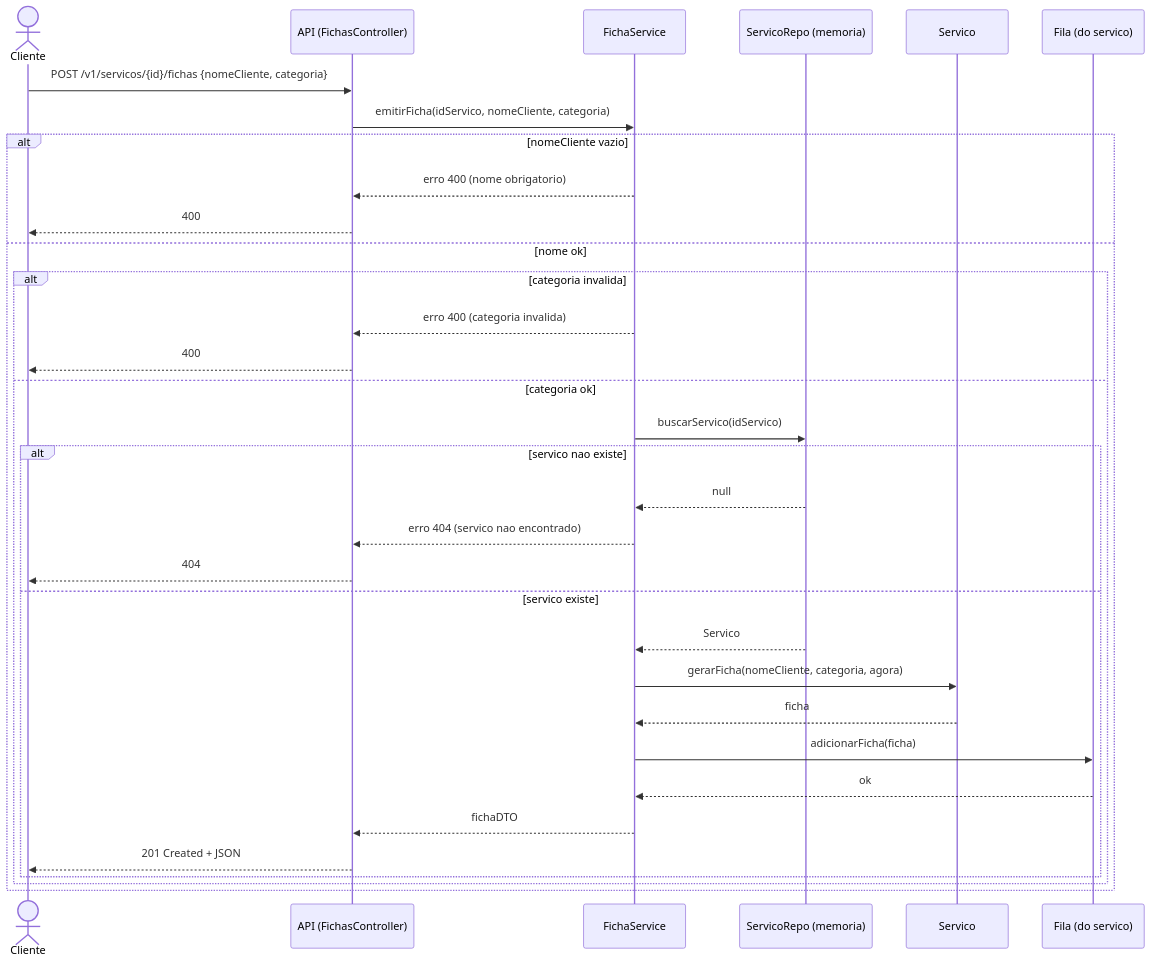
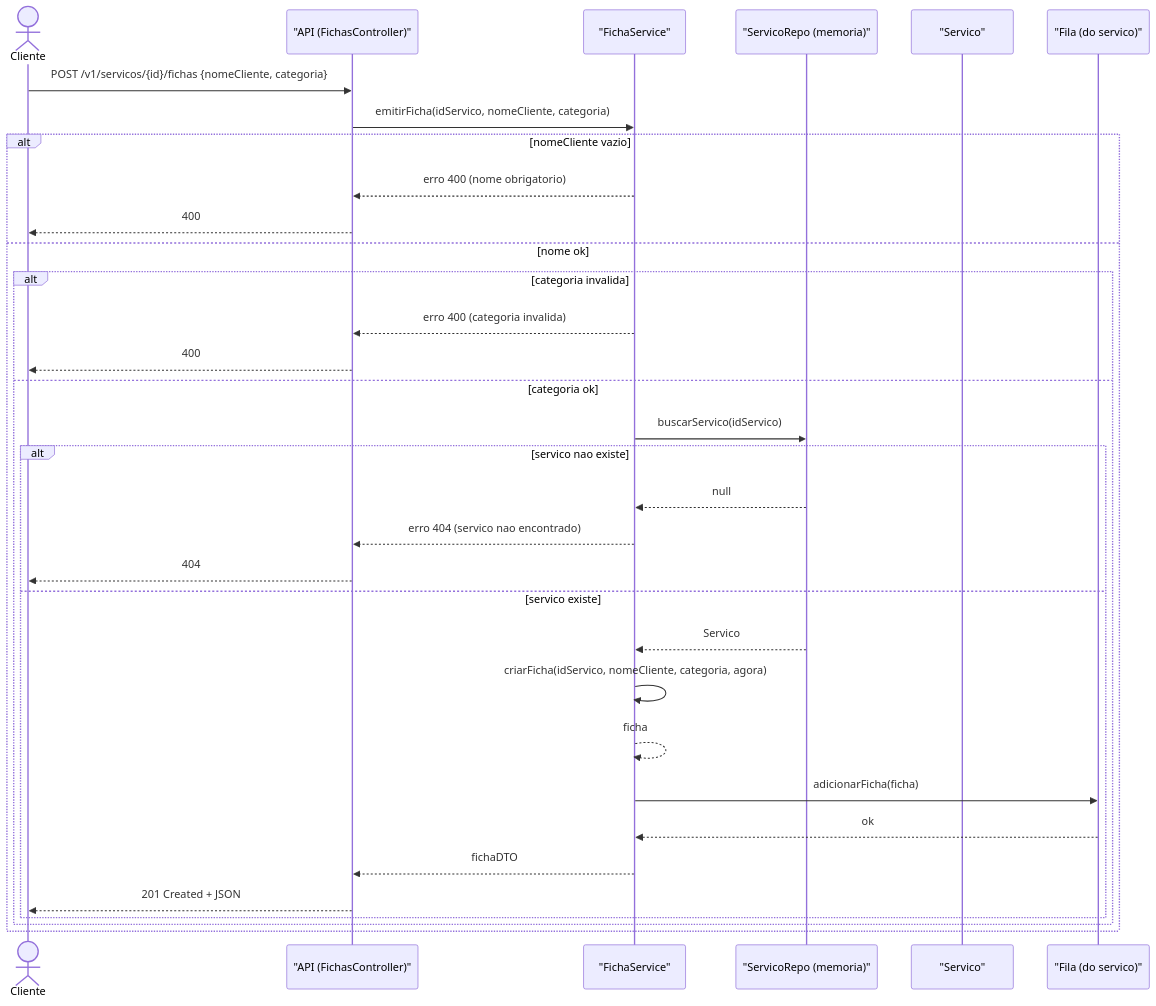
One commit to IsabelaSiqueira1/systemPDI changed the third of 11 diagrams in docs/sequence_diagram.md. Above: the diagram before and after it, drawn with Mermaid. The commit also changed other lines of this file and 2 other files, not shown here.

Commit message:
atualização dos diagramas de classe e sequência, incluindo novas regras de negócio e ajustes na documentação

````diff
--- a/docs/sequence_diagram.md
+++ b/docs/sequence_diagram.md
@@ -242,42 +264,42 @@
 ```mermaid
 
 sequenceDiagram
-actor Cli as Cliente
-participant API as API (FichasController)
-participant SVC as FichaService
-participant Repo as ServicoRepo (memoria)
-participant Serv as Servico
-participant Fila as Fila (do servico)
+    actor Cli as Cliente
+    participant API as "API (FichasController)"
+    participant SVC as "FichaService"
+    participant Repo as "ServicoRepo (memoria)"
+    participant Serv as "Servico"
+    participant Fila as "Fila (do servico)"
 
     Cli->>API: POST /v1/servicos/{id}/fichas {nomeCliente, categoria}
     API->>SVC: emitirFicha(idServico, nomeCliente, categoria)
 
     alt nomeCliente vazio
         SVC-->>API: erro 400 (nome obrigatorio)
         API-->>Cli: 400
     else nome ok
         alt categoria invalida
             SVC-->>API: erro 400 (categoria invalida)
             API-->>Cli: 400
         else categoria ok
             SVC->>Repo: buscarServico(idServico)
             alt servico nao existe
                 Repo-->>SVC: null
                 SVC-->>API: erro 404 (servico nao encontrado)
                 API-->>Cli: 404
             else servico existe
                 Repo-->>SVC: Servico
 
-                SVC->>Serv: gerarFicha(nomeCliente, categoria, agora)
-                Serv-->>SVC: ficha
+                SVC->>SVC: criarFicha(idServico, nomeCliente, categoria, agora)
+                SVC-->>SVC: ficha
 
                 SVC->>Fila: adicionarFicha(ficha)
                 Fila-->>SVC: ok
 
                 SVC-->>API: fichaDTO
                 API-->>Cli: 201 Created + JSON
             end
         end
     end
 
 ```
````
